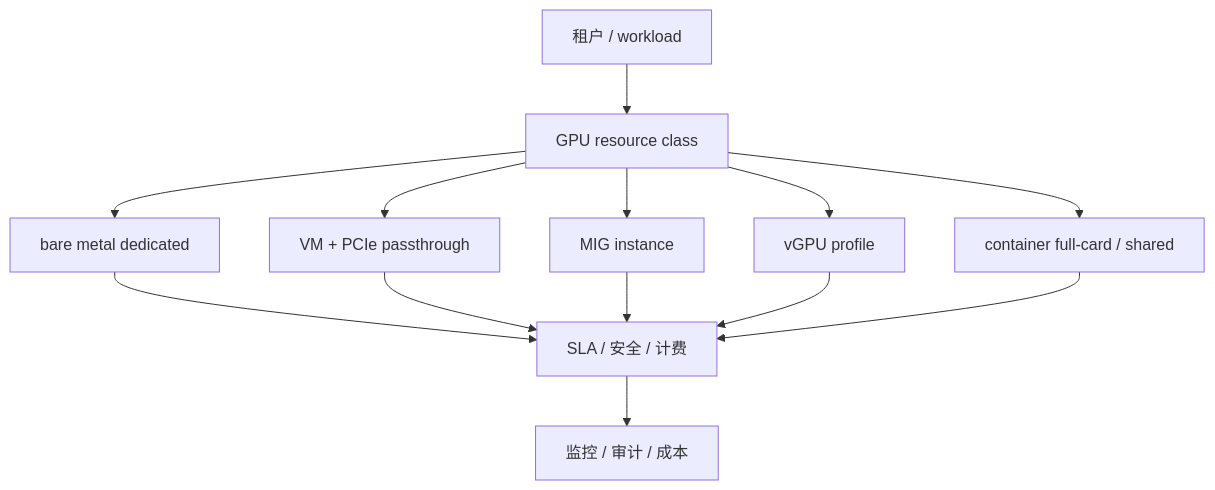
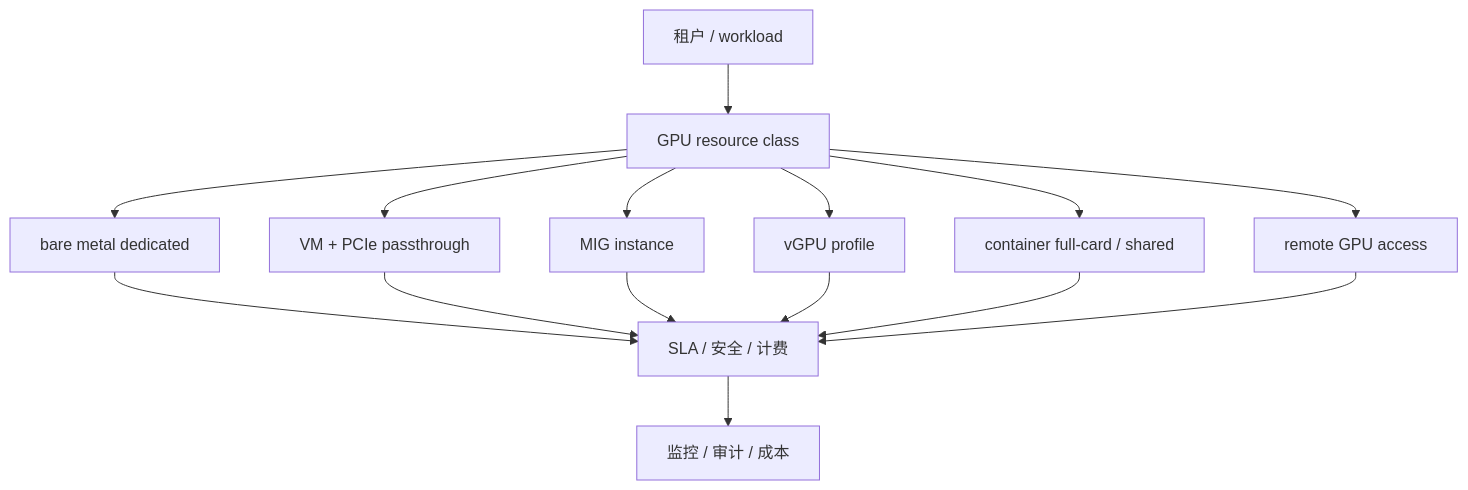
One commit to ikingye/ai-factory-engineering changed the first of 2 diagrams in docs/part-06-gpu-iaas/chapter-27-gpu-virtualization-isolation.md. Above: the diagram before and after it, drawn with Mermaid. The commit also changed other lines of this file and 14 other files, not shown here.

````diff
--- a/docs/part-06-gpu-iaas/chapter-27-gpu-virtualization-isolation.md
+++ b/docs/part-06-gpu-iaas/chapter-27-gpu-virtualization-isolation.md
@@ -72,15 +76,17 @@
 ```mermaid
 flowchart TB
   Tenant["租户 / workload"] --> Class["GPU resource class"]
   Class --> BM["bare metal dedicated"]
   Class --> VM["VM + PCIe passthrough"]
   Class --> MIG["MIG instance"]
   Class --> VGPU["vGPU profile"]
   Class --> Container["container full-card / shared"]
+  Class --> Remote["remote GPU access"]
   BM --> Policy["SLA / 安全 / 计费"]
   VM --> Policy
   MIG --> Policy
   VGPU --> Policy
   Container --> Policy
+  Remote --> Policy
   Policy --> Monitor["监控 / 审计 / 成本"]
 ```
````
